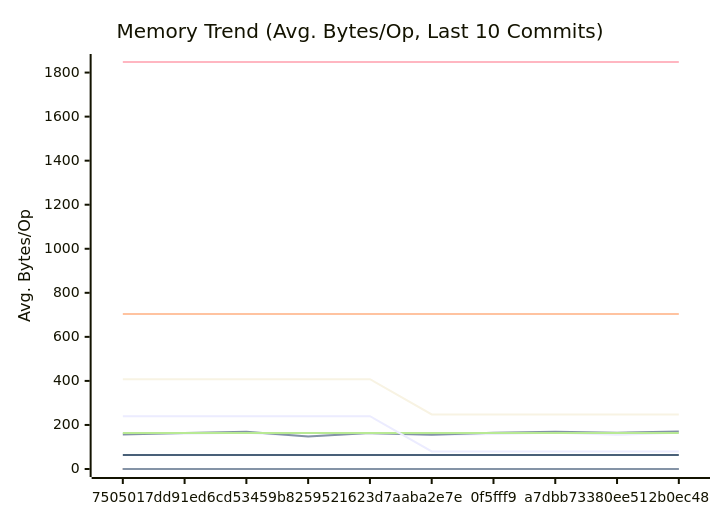
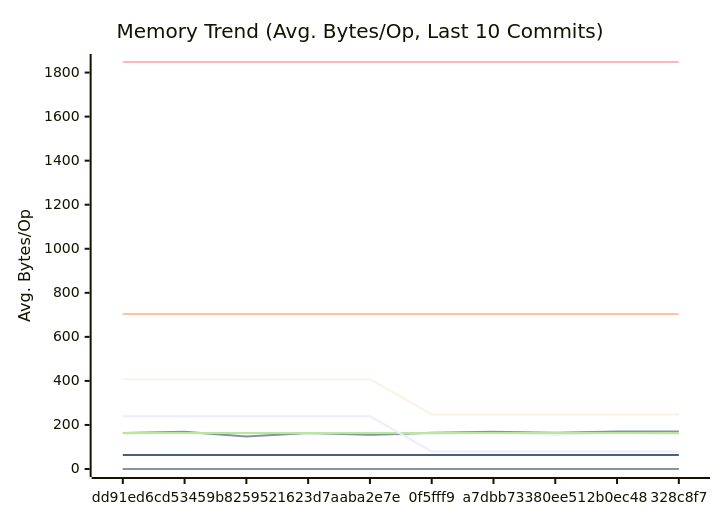
Before and after one commit to alsotoes/momo: the second of 3 diagrams in docs/PERFORMANCE.md, drawn with Mermaid. The commit also changed other lines of this file and 3 other files, not shown here.

````diff
--- a/docs/PERFORMANCE.md
+++ b/docs/PERFORMANCE.md
@@ -171,20 +171,20 @@
 ```mermaid
 xychart-beta
     title "Memory Trend (Avg. Bytes/Op, Last 10 Commits)"
     x-axis "Commit"
     y-axis "Avg. Bytes/Op"
-    x-axis [7505017,dd91ed6,cd53459,b825952,1623d7a,aba2e7e,0f5fff9,a7dbb73,380ee51,2b0ec48]
-    line "AWSChunkedReaderSigned" [159,160,165,149,163,154,159,165,155,165]
-    line "AWSChunkedReaderUnsigned" [157,164,169,148,163,155,165,169,165,170]
+    x-axis [dd91ed6,cd53459,b825952,1623d7a,aba2e7e,0f5fff9,a7dbb73,380ee51,2b0ec48,328c8f7]
+    line "AWSChunkedReaderSigned" [160,165,149,163,154,159,165,155,165,159]
+    line "AWSChunkedReaderUnsigned" [164,169,148,163,155,165,169,165,170,170]
     line "CheckMetricsAndSwap" [0,0,0,0,0,0,0,0,0,0]
     line "CrushOptimized" [0,0,0,0,0,0,0,0,0,0]
     line "CrushOriginal" [164,164,164,164,164,164,164,164,164,164]
     line "IndexDirectTracking" [0,0,0,0,0,0,0,0,0,0]
     line "IndexSearch" [0,0,0,0,0,0,0,0,0,0]
     line "LoadGlobalConfig" [1848,1848,1848,1848,1848,1848,1848,1848,1848,1848]
     line "PadString" [64,64,64,64,64,64,64,64,64,64]
     line "ParseReplicationOrder_NoPrealloc" [408,408,408,408,408,248,248,248,248,248]
     line "ParseReplicationOrder_Prealloc" [240,240,240,240,240,80,80,80,80,80]
     line "SanitizeLog/Safe" [0,0,0,0,0,0,0,0,0,0]
     line "SanitizeLog/Unsafe" [704,704,704,704,704,704,704,704,704,704]
 ```
````
